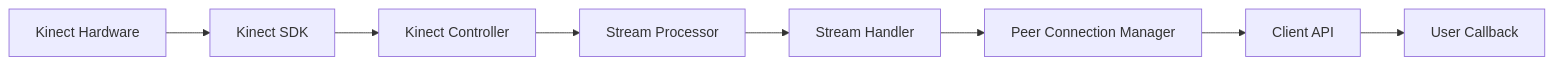
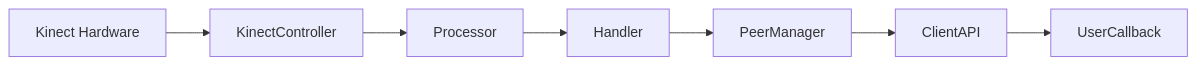
The third of 3 diagrams in memory-bank/systemPatterns.md (kinectron/kinectron), drawn with Mermaid before and after one commit. The commit also changed other lines of this file and 14 other files, not shown here.

````diff
--- a/memory-bank/systemPatterns.md
+++ b/memory-bank/systemPatterns.md
@@ -143,10 +77,4 @@
 ```mermaid
 flowchart LR
-    KinectHW[Kinect Hardware] --> KinectSDK[Kinect SDK]
-    KinectSDK --> KinectController[Kinect Controller]
-    KinectController --> Processor[Stream Processor]
-    Processor --> Handler[Stream Handler]
-    Handler --> PeerManager[Peer Connection Manager]
-    PeerManager --> ClientAPI[Client API]
-    ClientAPI --> UserCallback[User Callback]
+    KinectHW[Kinect Hardware] --> KinectController --> Processor --> Handler --> PeerManager --> ClientAPI --> UserCallback
 ```
````
